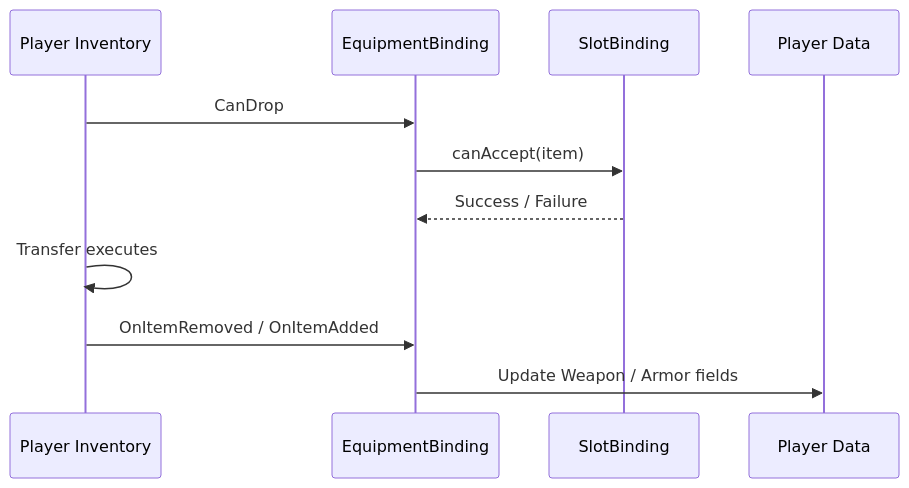
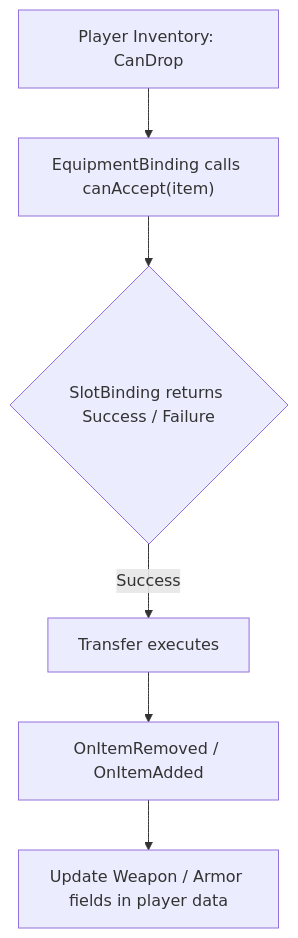
Before and after one commit to SergeevSergey99/DragAndDropSystem-Docs: the third of 3 diagrams in .docs/content/examples/equipment.en.md, drawn with Mermaid. The commit also changed 15 other files, not shown here.

````diff
--- a/.docs/content/examples/equipment.en.md
+++ b/.docs/content/examples/equipment.en.md
@@ -138,14 +138,8 @@
 ```mermaid
-sequenceDiagram
-    participant PI as Player Inventory
-    participant EQ as EquipmentBinding
-    participant Slot as SlotBinding
-    participant Data as Player Data
-
-    PI->>EQ: CanDrop
-    EQ->>Slot: canAccept(item)
-    Slot-->>EQ: Success / Failure
-    PI->>PI: Transfer executes
-    PI->>EQ: OnItemRemoved / OnItemAdded
-    EQ->>Data: Update Weapon / Armor fields
+flowchart TD
+    A["Player Inventory: CanDrop"] --> B["EquipmentBinding calls canAccept(item)"]
+    B --> C{"SlotBinding returns Success / Failure"}
+    C -->|Success| D["Transfer executes"]
+    D --> E["OnItemRemoved / OnItemAdded"]
+    E --> F["Update Weapon / Armor fields in player data"]
 ```
````
